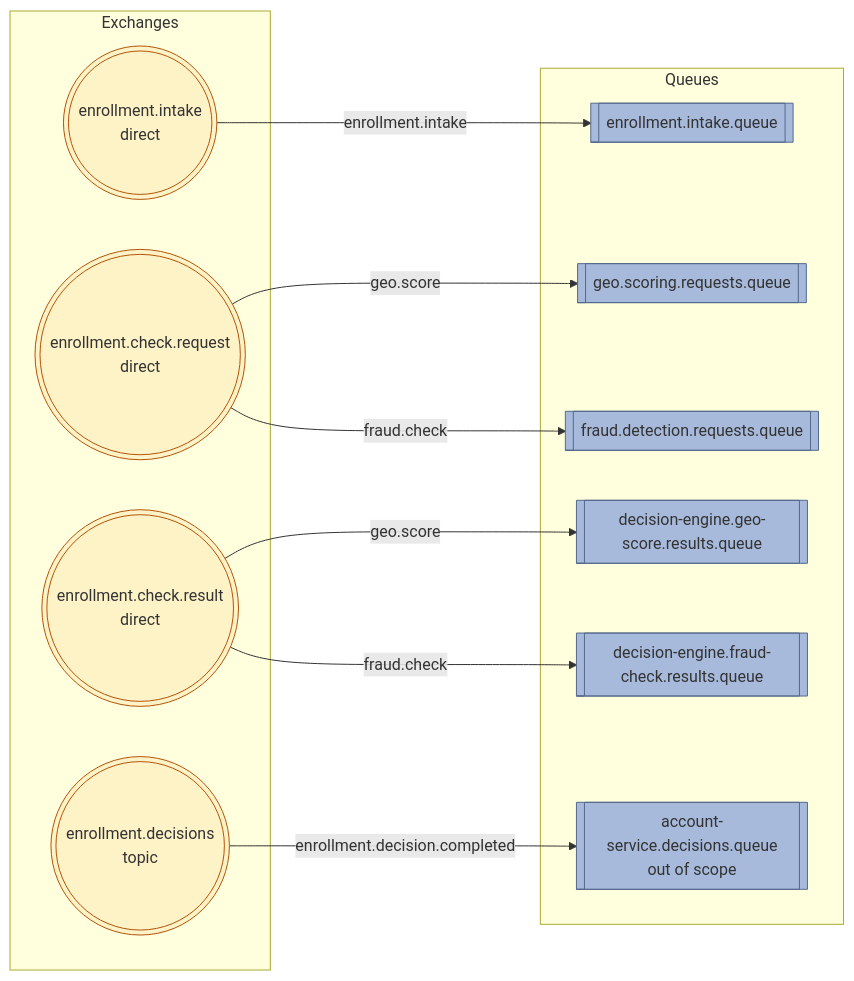
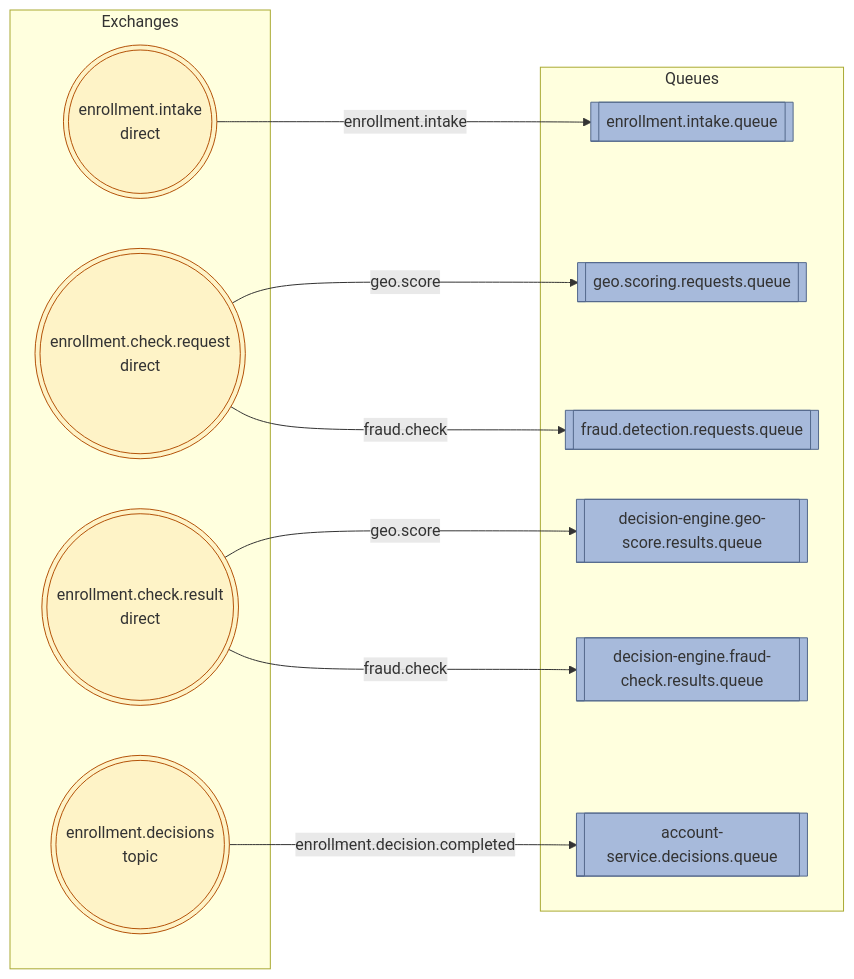
One commit to angelasindic/enrollment-hub changed the first of 2 diagrams in decision-engine/design.md. Above: the diagram before and after it, drawn with Mermaid. The commit also changed other lines of this file and 39 other files, not shown here.

First line of the commit message:
Add the account-service stub  (#67)

````diff
--- a/decision-engine/design.md
+++ b/decision-engine/design.md
@@ -136,25 +136,25 @@
 ```mermaid
 flowchart LR
 subgraph Exchanges
     EX_INTAKE(((enrollment.intake<br/>direct))):::ex
     EX_REQ(((enrollment.check.request<br/>direct))):::ex
     EX_RES(((enrollment.check.result<br/>direct))):::ex
     EX_DECISIONS(((enrollment.decisions<br/>topic))):::ex
 end
     subgraph Queues
         Q_INTAKE[[enrollment.intake.queue]]:::q
         Q_GEO[[geo.scoring.requests.queue]]:::q
         Q_FRAUD[[fraud.detection.requests.queue]]:::q
         Q_DE_GEO[[decision-engine.geo-score.results.queue]]:::q
         Q_DE_FRAUD[[decision-engine.fraud-check.results.queue]]:::q
-        Q_AS[[account-service.decisions.queue<br/>out of scope]]:::q
+        Q_AS[[account-service.decisions.queue]]:::q
     end
     EX_INTAKE -->|"enrollment.intake"| Q_INTAKE
     EX_REQ -->|"geo.score"| Q_GEO
     EX_REQ -->|"fraud.check"| Q_FRAUD
     EX_RES -->|"geo.score"| Q_DE_GEO
     EX_RES -->|"fraud.check"| Q_DE_FRAUD
     EX_DECISIONS -->|"enrollment.decision.completed"| Q_AS
     classDef ex fill:#fef3c7,stroke:#b45309
     classDef q fill:#a7badb,stroke:#54698c
 ```
````
